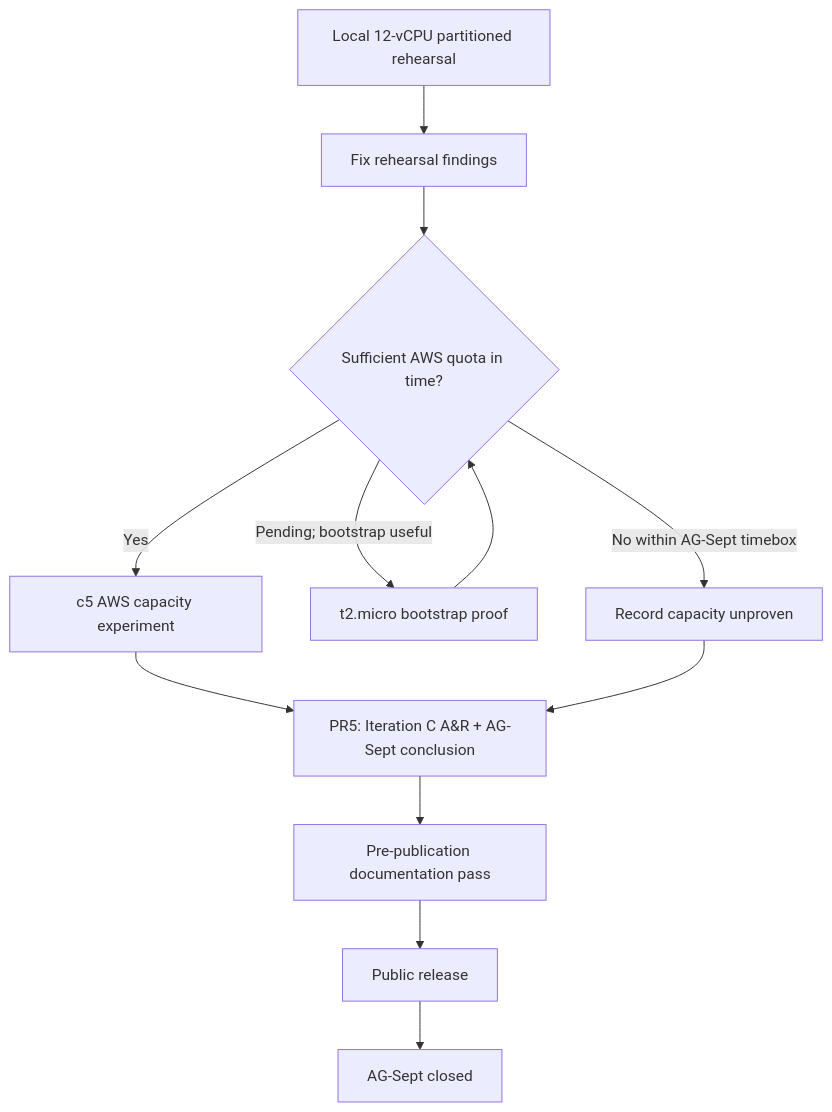
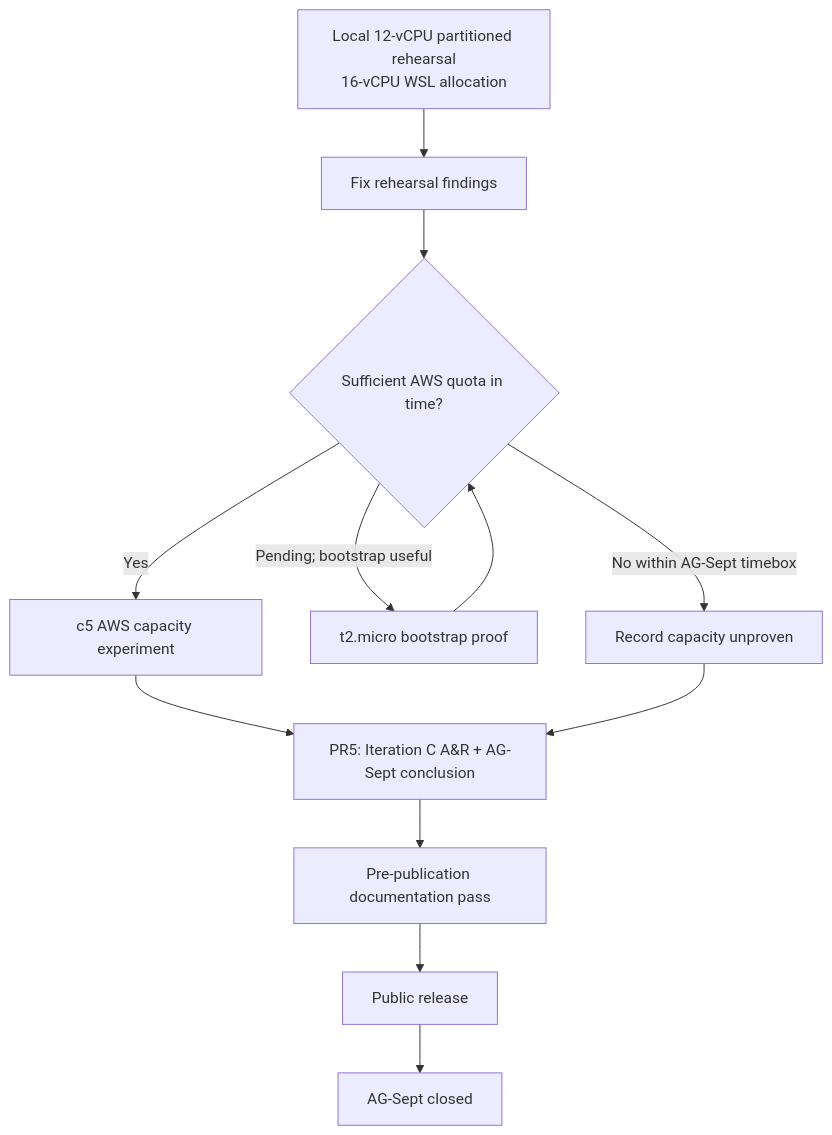
The diagram in docs/planning/ag-sept-plan.md (nancysworld/alloca-go), drawn with Mermaid before and after one commit. The commit also changed other lines of this file and 14 other files, not shown here.

````diff
--- a/docs/planning/ag-sept-plan.md
+++ b/docs/planning/ag-sept-plan.md
@@ -356,14 +359,14 @@
 ```mermaid
 flowchart TD
-    A[Local 12-vCPU partitioned rehearsal] --> B[Fix rehearsal findings]
+    A[Local 12-vCPU partitioned rehearsal<br/>16-vCPU WSL allocation] --> B[Fix rehearsal findings]
     B --> C{Sufficient AWS quota in time?}
     C -->|Yes| D[c5 AWS capacity experiment]
     C -->|Pending; bootstrap useful| E[t2.micro bootstrap proof]
     E --> C
     C -->|No within AG-Sept timebox| F[Record capacity unproven]
     D --> G[PR5: Iteration C A&R + AG-Sept conclusion]
     F --> G
     G --> H[Pre-publication documentation pass]
     H --> I[Public release]
     I --> J[AG-Sept closed]
 ```
````
